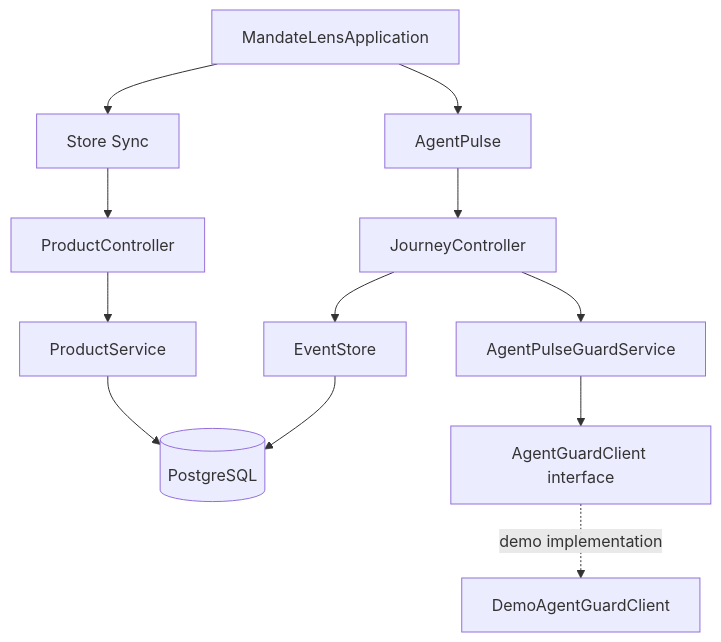
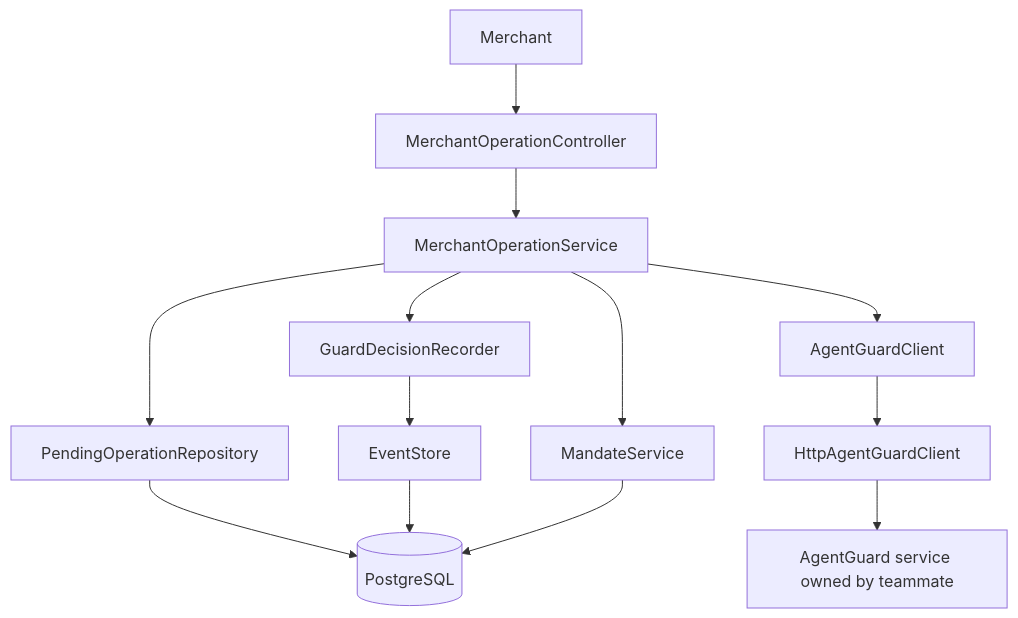
Before and after one commit to neha702/mandate-lens: the diagram in README.md, drawn with Mermaid. The commit also changed other lines of this file and 93 other files, not shown here.

Commit message:
Refactor service layout and add journey read API

````diff
--- a/README.md
+++ b/README.md
@@ -29,15 +32,15 @@
 ```mermaid
 flowchart TD
-    App[MandateLensApplication]
-    App --> Shop[Store Sync]
-    App --> Pulse[AgentPulse]
-    Shop --> PC[ProductController]
-    PC --> PS[ProductService]
-    PS --> DB[(PostgreSQL)]
-    ES --> DB
-    Pulse --> JC[JourneyController]
-    JC --> ES[EventStore]
-    JC --> GS[AgentPulseGuardService]
-    GS --> GC[AgentGuardClient interface]
-    GC -. demo implementation .-> Mock[DemoAgentGuardClient]
+    Merchant --> API[MerchantOperationController]
+    API --> Orchestrator[MerchantOperationService]
+    Orchestrator --> Mandate[MandateService]
+    Orchestrator --> Guard[AgentGuardClient]
+    Guard --> Http[HttpAgentGuardClient]
+    Http --> OtherGuard[AgentGuard service owned by teammate]
+    Orchestrator --> Operations[PendingOperationRepository]
+    Orchestrator --> Recorder[GuardDecisionRecorder]
+    Recorder --> Events[EventStore]
+    Operations --> DB[(PostgreSQL)]
+    Events --> DB
+    Mandate --> DB
 ```
````
